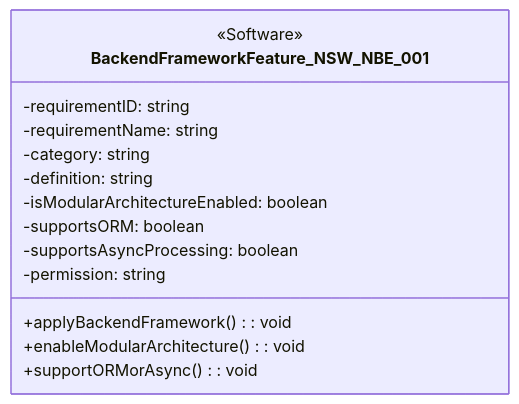
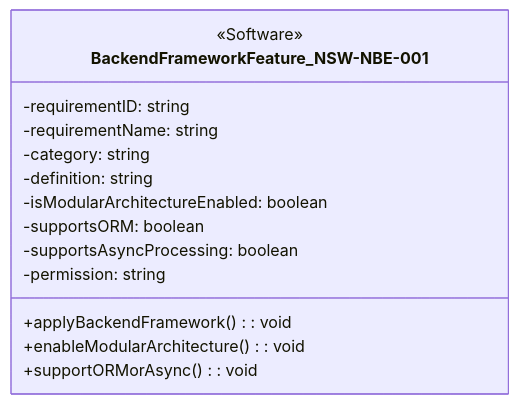
Diagram 22 of 54 in 1. Requirement Analysis/Software Requirements Specification.md (sun922/University-SoftwareDesign), drawn with Mermaid before and after one commit. The commit also changed other lines of this file, not shown here.

````diff
--- a/1. Requirement Analysis/Software Requirements Specification.md
+++ b/1. Requirement Analysis/Software Requirements Specification.md
@@ -667,18 +667,18 @@
 ```mermaid
 classDiagram
-    class BackendFrameworkFeature_NSW_NBE_001 {
+    class BackendFrameworkFeature_NSW-NBE-001 {
         <<Software>>
         -requirementID: string
         -requirementName: string
         -category: string
         -definition: string
         -isModularArchitectureEnabled: boolean
         -supportsORM: boolean
         -supportsAsyncProcessing: boolean
         -permission: string
 
         +applyBackendFramework(): void
         +enableModularArchitecture(): void
         +supportORMorAsync(): void
     }
 ```
````
